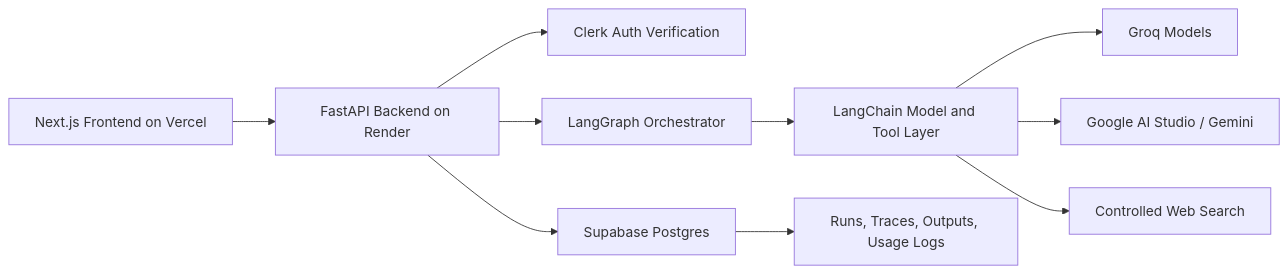
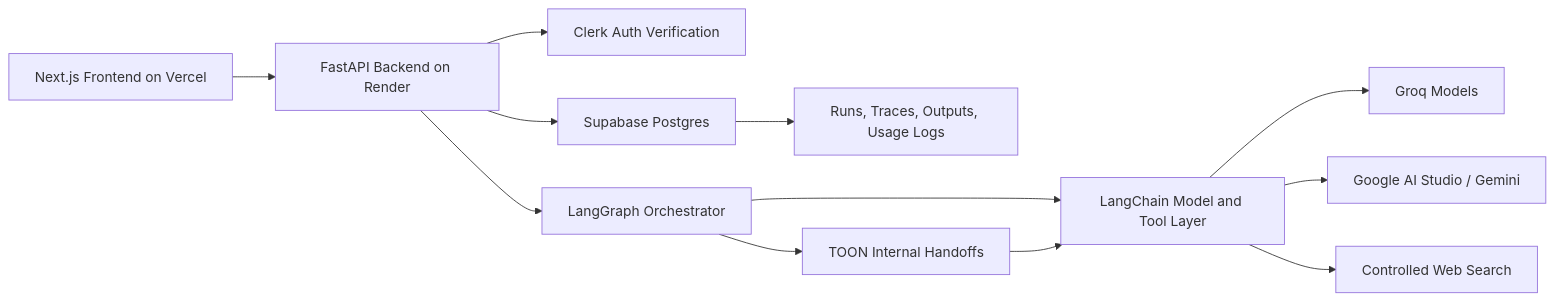
One commit to Hassaan146/agentic-ai-workflow changed the sixth of 7 diagrams in docs/diagrams.md. Above: the diagram before and after it, drawn with Mermaid. The commit also changed other lines of this file and 7 other files, not shown here.

Commit message:
Add TOON agent handoffs

````diff
--- a/docs/diagrams.md
+++ b/docs/diagrams.md
@@ -68,12 +96,14 @@
 ```mermaid
 flowchart LR
     A["Next.js Frontend on Vercel"] --> B["FastAPI Backend on Render"]
     B --> C["Clerk Auth Verification"]
     B --> D["Supabase Postgres"]
     B --> E["LangGraph Orchestrator"]
     E --> F["LangChain Model and Tool Layer"]
     F --> G["Groq Models"]
     F --> H["Google AI Studio / Gemini"]
     F --> I["Controlled Web Search"]
+    E --> K["TOON Internal Handoffs"]
+    K --> F
     D --> J["Runs, Traces, Outputs, Usage Logs"]
 ```
````
